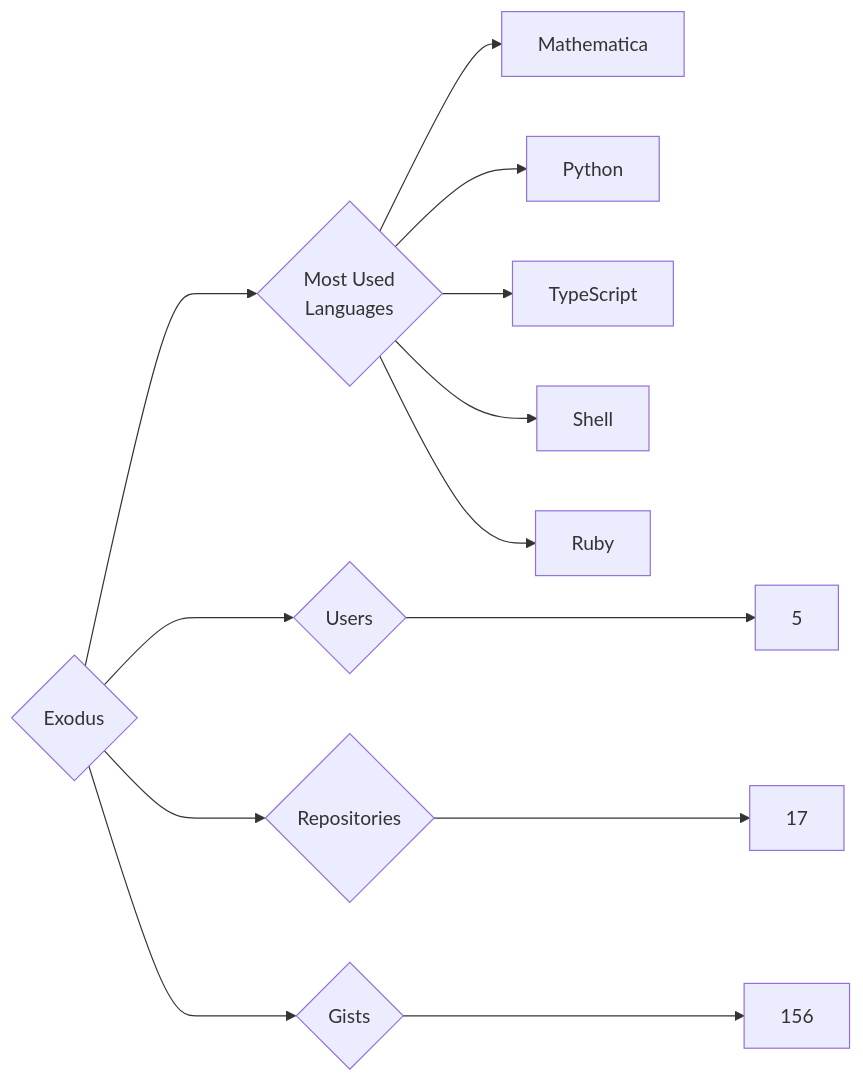
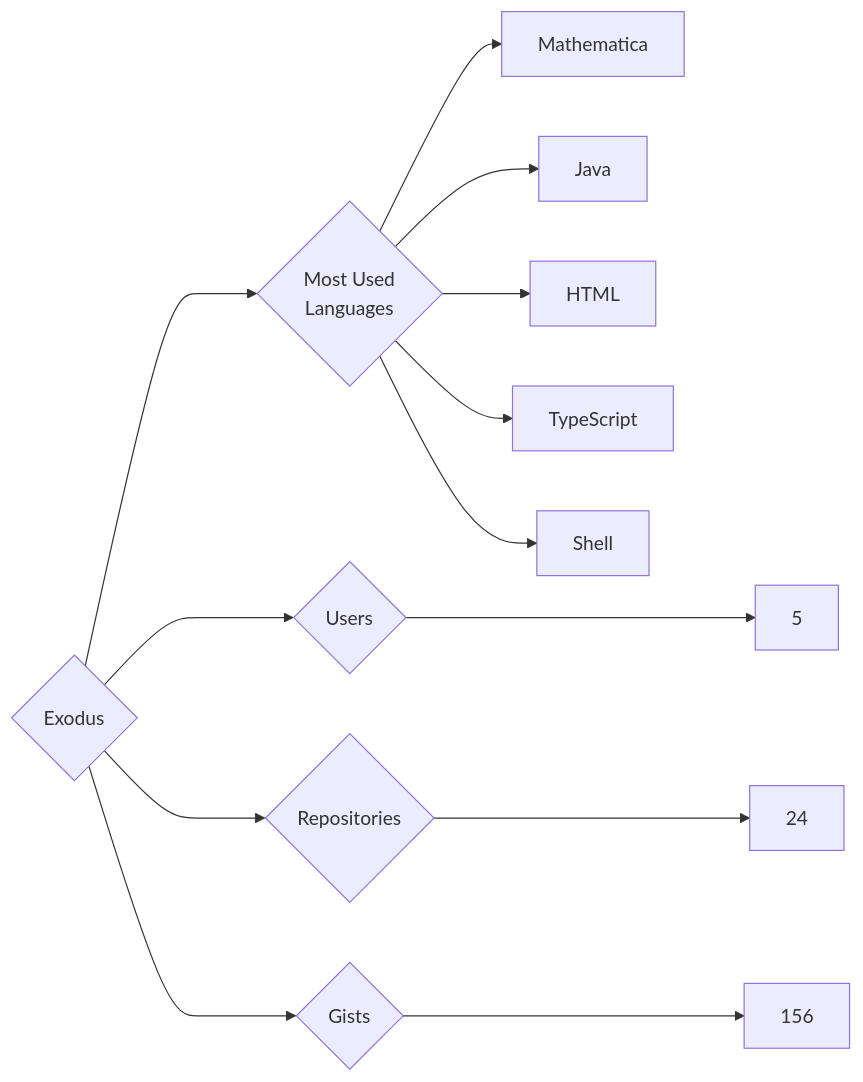
Before and after one commit to trickest/insiders: the diagram in targets/Exodus/README.md, drawn with Mermaid. The commit also changed 611 other files, not shown here.

````diff
--- a/targets/Exodus/README.md
+++ b/targets/Exodus/README.md
@@ -3,13 +3,13 @@
 ```mermaid
 graph LR
 COMPANY_NAME{Exodus}
 COMPANY_NAME ---> U{Users} ---> UN[5]
-COMPANY_NAME ---> R{Repositories} ---> RN[17]
+COMPANY_NAME ---> R{Repositories} ---> RN[24]
 COMPANY_NAME ---> G{Gists} ---> GN[156]
 COMPANY_NAME ---> ML{Most Used<br>Languages}
 ML --> Mathematica[Mathematica]
-ML --> Python[Python]
+ML --> Java[Java]
+ML --> HTML[HTML]
 ML --> TypeScript[TypeScript]
 ML --> Shell[Shell]
-ML --> Ruby[Ruby]
 ```
````
